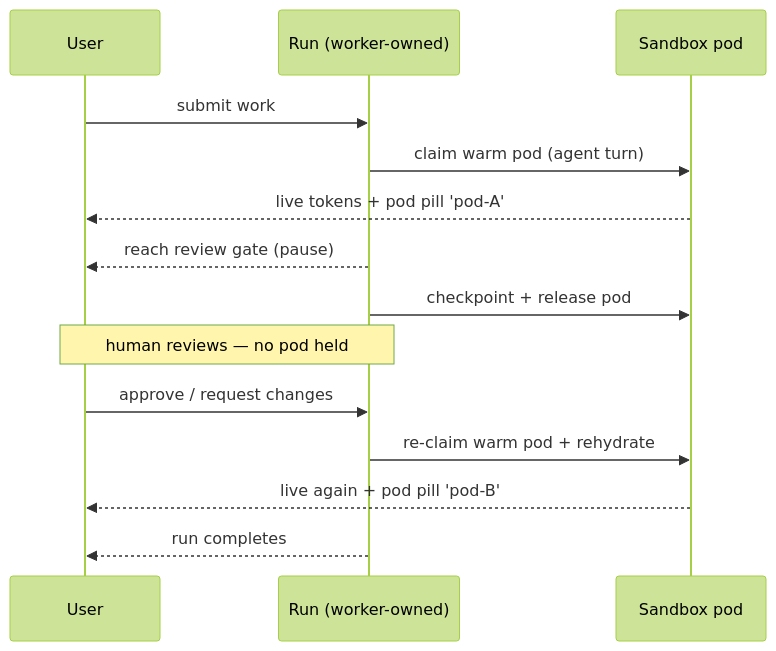
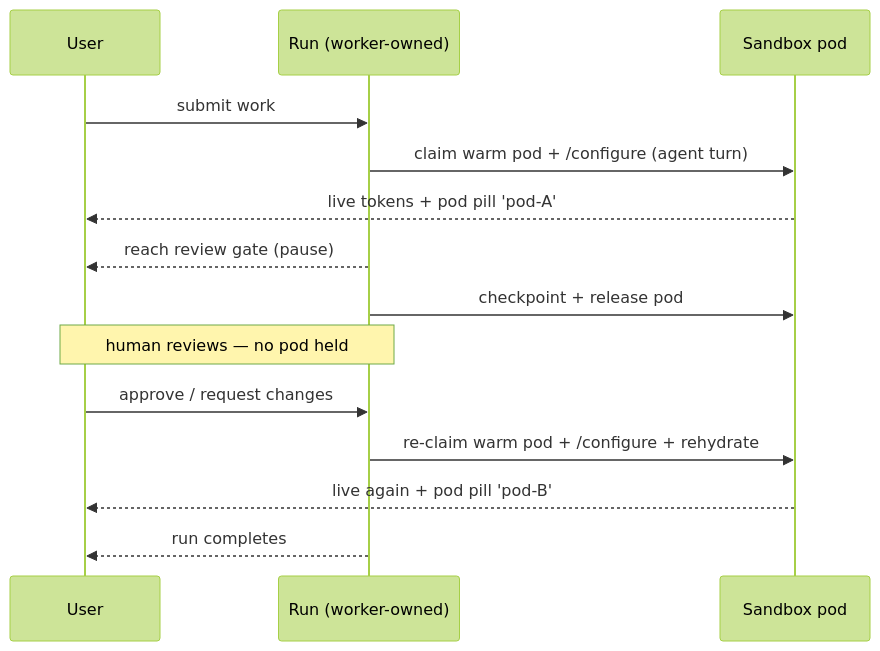
One commit to sabbour/agentweaver changed the third of 3 diagrams in docs/experience/sandbox-pod-execution.md. Above: the diagram before and after it, drawn with Mermaid (forest theme). The commit also changed other lines of this file and 11 other files, not shown here.

First line of the commit message:
docs: warm pool architecture, auth deep-dive, sandbox reference updates

````diff
--- a/docs/experience/sandbox-pod-execution.md
+++ b/docs/experience/sandbox-pod-execution.md
@@ -174,16 +174,16 @@
 ```mermaid
 sequenceDiagram
     participant U as User
     participant Run as Run (worker-owned)
     participant Pod as Sandbox pod
     U->>Run: submit work
-    Run->>Pod: claim warm pod (agent turn)
+    Run->>Pod: claim warm pod + /configure (agent turn)
     Pod-->>U: live tokens + pod pill 'pod-A'
     Run-->>U: reach review gate (pause)
     Run->>Pod: checkpoint + release pod
     Note over U,Run: human reviews — no pod held
     U->>Run: approve / request changes
-    Run->>Pod: re-claim warm pod + rehydrate
+    Run->>Pod: re-claim warm pod + /configure + rehydrate
     Pod-->>U: live again + pod pill 'pod-B'
     Run-->>U: run completes
 ```
````
